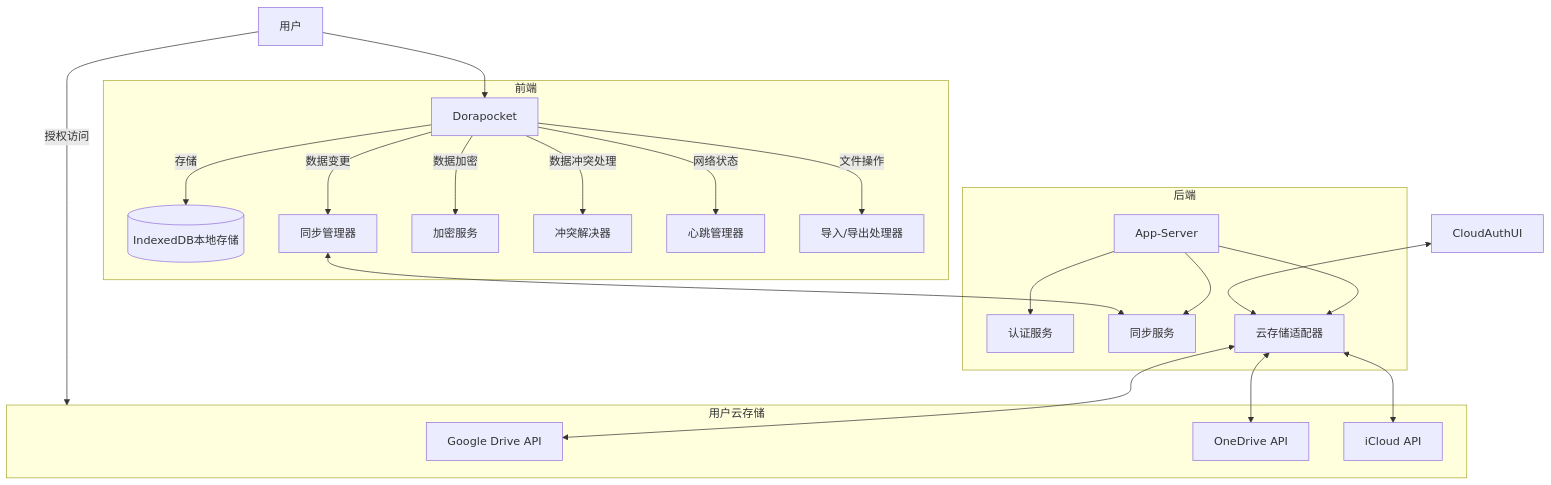
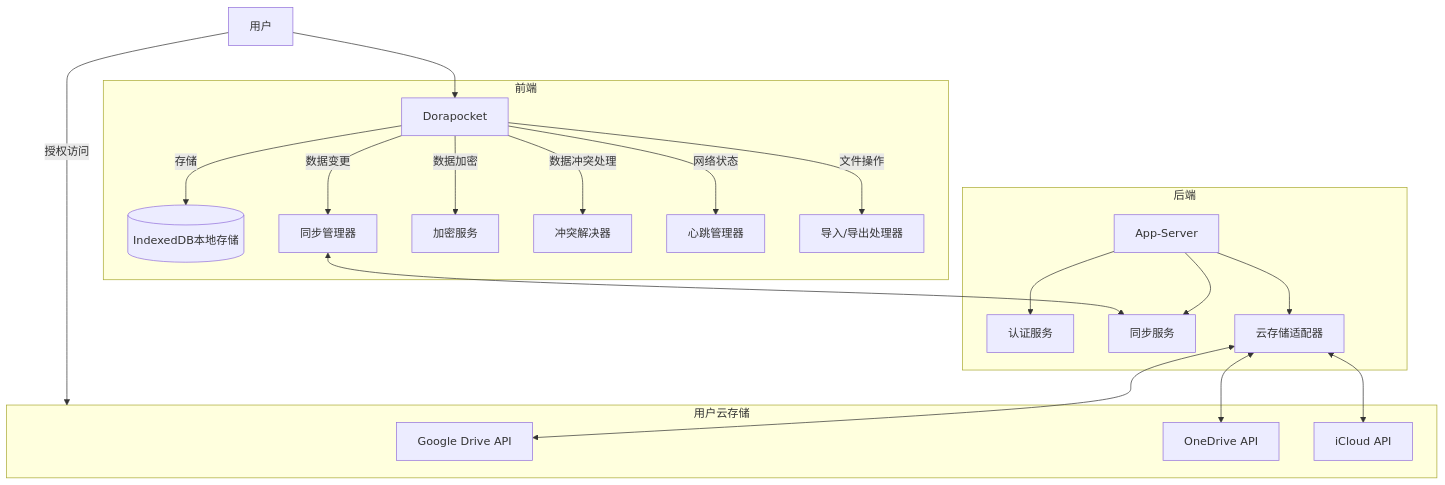
The diagram in all/未命名-34.md (yingjianzh/iodraw-files), drawn with Mermaid before and after one commit.

Commit message:
2025-04-17 10:53:31 update

````diff
--- a/all/未命名-34.md
+++ b/all/未命名-34.md
@@ -1,29 +1,29 @@
 ```mermaid
 flowchart TD
     User[用户] --> FrontEnd[Dorapocket]
     
     subgraph 前端
         FrontEnd --> |存储| LocalDB[(IndexedDB本地存储)]
         FrontEnd --> |数据变更| SyncManager[同步管理器]
         FrontEnd --> |数据加密| CryptoService[加密服务]
         FrontEnd --> |数据冲突处理| ConflictResolver[冲突解决器]
         FrontEnd -->|网络状态| I[心跳管理器]
         FrontEnd --> |文件操作| J[导入/导出处理器]
     end
     
     subgraph 后端
         AppServer[App-Server] --> AuthService[认证服务]
         AppServer --> SyncService[同步服务]
         AppServer --> CloudAdapter[云存储适配器]
     end
     
     subgraph 用户云存储
         CloudAdapter <--> GoogleDrive[Google Drive API]
         CloudAdapter <--> OneDrive[OneDrive API]
         CloudAdapter <--> iCloud[iCloud API]
     end
     
     User -- "授权访问" --> 用户云存储
     SyncManager <--> SyncService
-    CloudAuthUI <--> CloudAdapter
+    
 ```
````
